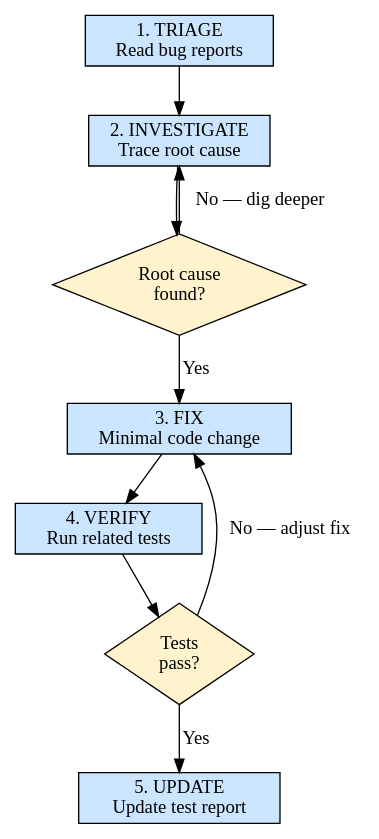
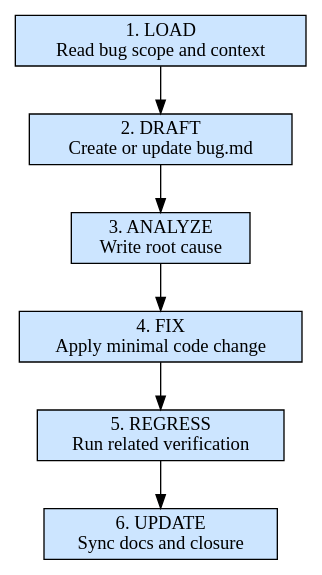
Before and after one commit to Gil2015/my-agents: the diagram in packages/dev-frontend/skills/step5-bug-fix/SKILL.md, drawn with Graphviz. The commit also changed other lines of this file and 4 other files, not shown here.

````diff
--- a/packages/dev-frontend/skills/step5-bug-fix/SKILL.md
+++ b/packages/dev-frontend/skills/step5-bug-fix/SKILL.md
@@ -45,23 +53,15 @@
 ```dot
 digraph process {
   rankdir=TB
   node [shape=box, style=filled, fillcolor="#cce5ff"]
 
-  triage [label="1. TRIAGE\nRead bug reports"]
-  investigate [label="2. INVESTIGATE\nTrace root cause"]
-  fix [label="3. FIX\nMinimal code change"]
-  verify [label="4. VERIFY\nRun related tests"]
-  update [label="5. UPDATE\nUpdate test report"]
+  load [label="1. LOAD\nRead bug scope and context"]
+  draft [label="2. DRAFT\nCreate or update bug.md"]
+  analyze [label="3. ANALYZE\nWrite root cause"]
+  fix [label="4. FIX\nApply minimal code change"]
+  regress [label="5. REGRESS\nRun related verification"]
+  update [label="6. UPDATE\nSync docs and closure"]
 
-  node [shape=diamond, style=filled, fillcolor="#fff3cd"]
-  found [label="Root cause\nfound?"]
-  pass [label="Tests\npass?"]
-
-  triage -> investigate -> found
-  found -> investigate [label="No — dig deeper"]
-  found -> fix [label="Yes"]
-  fix -> verify -> pass
-  pass -> fix [label="No — adjust fix"]
-  pass -> update [label="Yes"]
+  load -> draft -> analyze -> fix -> regress -> update
 }
 ```
````
